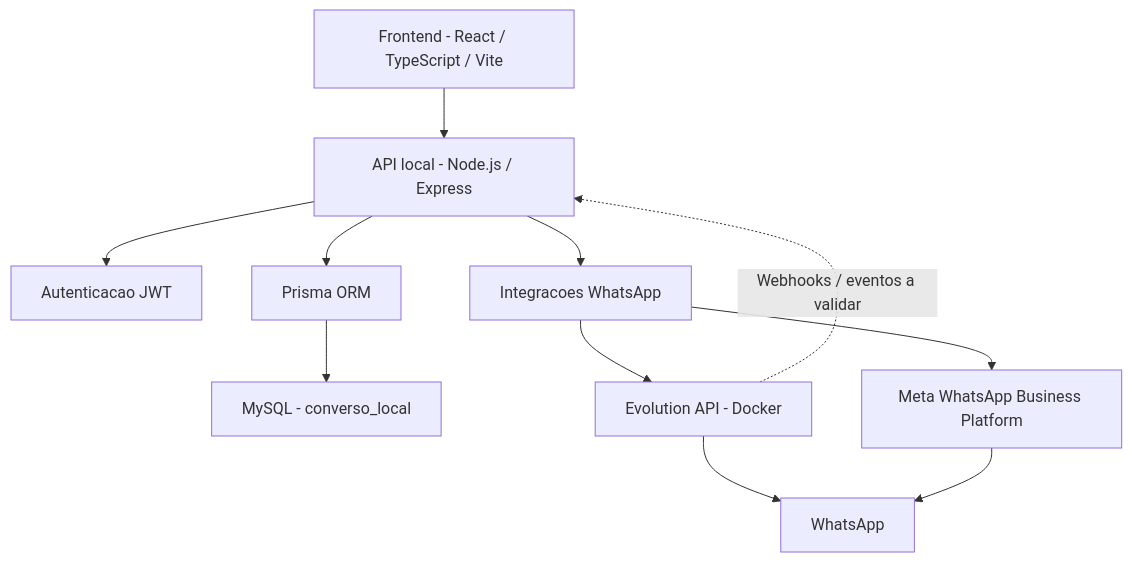
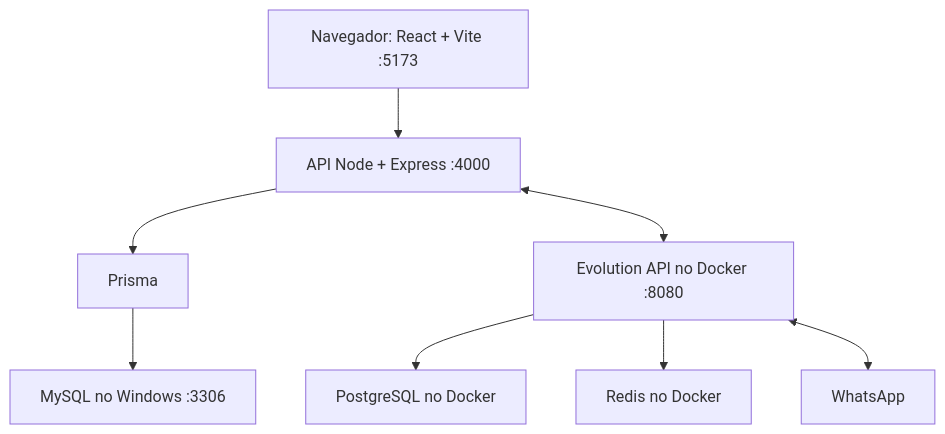
One commit to Juanlucasarchangelo/web-whats-guru changed the diagram in README.md. Above: the diagram before and after it, drawn with Mermaid. The commit also changed other lines of this file, not shown here.

````diff
--- a/README.md
+++ b/README.md
@@ -100,13 +53,10 @@
 ```mermaid
 flowchart TD
-    A["Frontend - React / TypeScript / Vite"] --> B["API local - Node.js / Express"]
-    B --> C["Autenticacao JWT"]
-    B --> D["Prisma ORM"]
-    D --> E["MySQL - converso_local"]
-    B --> F["Integracoes WhatsApp"]
-    F --> G["Evolution API - Docker"]
-    F --> H["Meta WhatsApp Business Platform"]
-    G --> I["WhatsApp"]
-    H --> I
-    G -. "Webhooks / eventos a validar" .-> B
+    A["Navegador: React + Vite :5173"] --> B["API Node + Express :4000"]
+    B --> C["Prisma"]
+    C --> D["MySQL no Windows :3306"]
+    B <--> E["Evolution API no Docker :8080"]
+    E --> F["PostgreSQL no Docker"]
+    E --> G["Redis no Docker"]
+    E <--> H["WhatsApp"]
 ```
````
